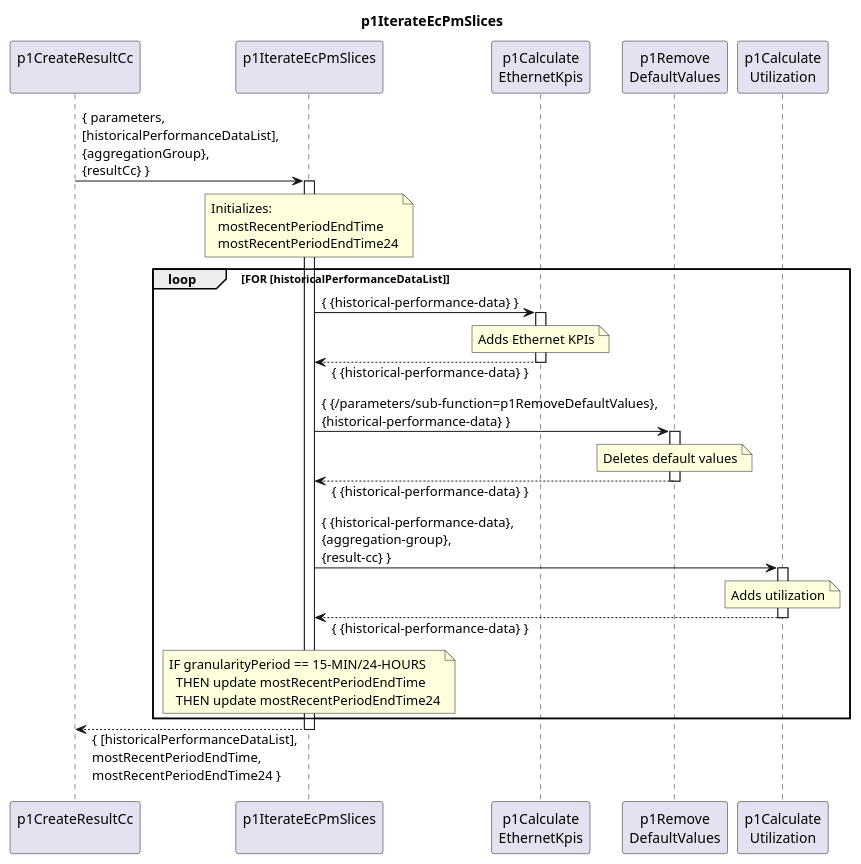
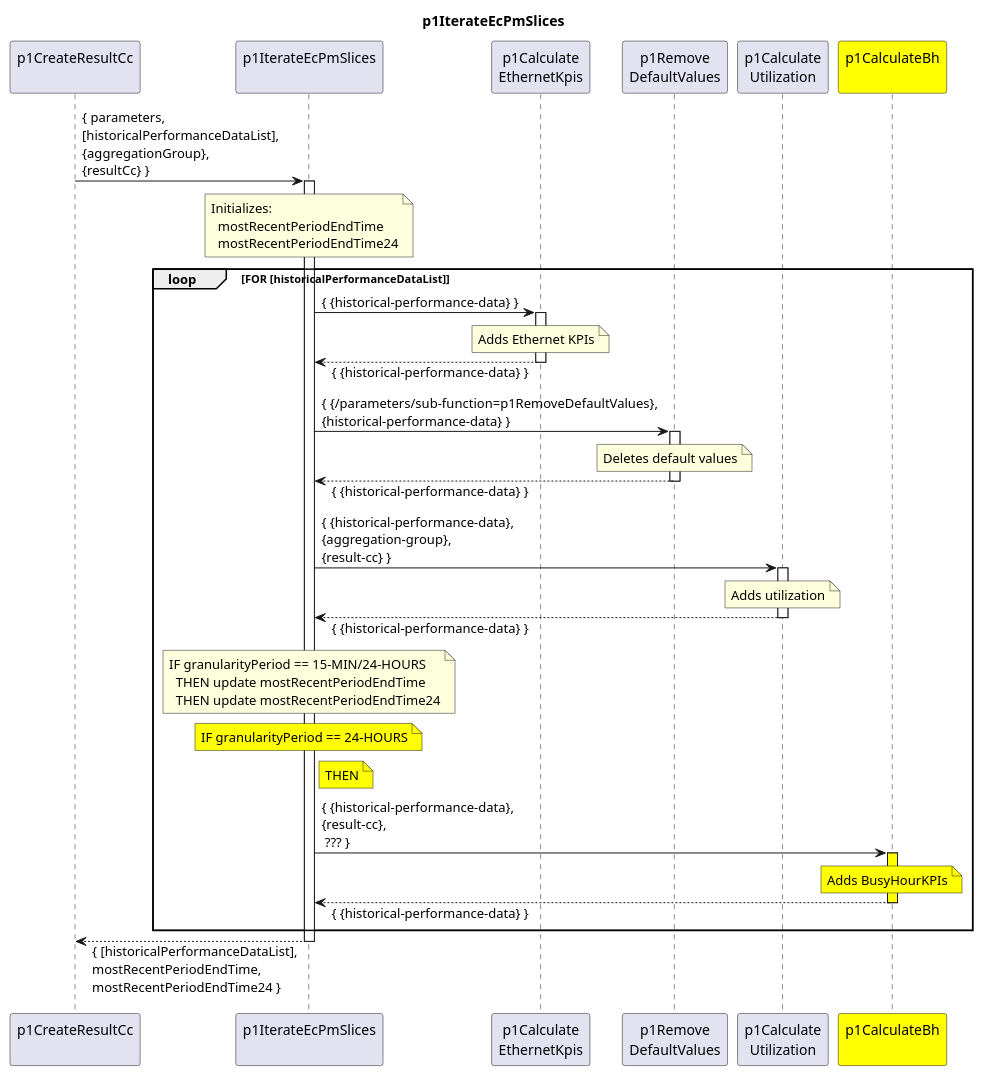
Before and after one commit to openBackhaul/DevicePerformanceManagementDataProcessor: the diagram in spec/Functions/p1StreamPmData/p1ProcessDevice/p1CreateResultCc/p1IterateEcPmSlices/1.0.0/p1IterateEcPmSlices.plantuml, drawn with PlantUML. The commit also changed 4 other files, not shown here.

```diff
--- a/spec/Functions/p1StreamPmData/p1ProcessDevice/p1CreateResultCc/p1IterateEcPmSlices/1.0.0/p1IterateEcPmSlices.plantuml
+++ b/spec/Functions/p1StreamPmData/p1ProcessDevice/p1CreateResultCc/p1IterateEcPmSlices/1.0.0/p1IterateEcPmSlices.plantuml
@@ -1,64 +1,81 @@
 @startuml p1IterateEcPmSlices
 skinparam responseMessageBelowArrow true
 
 title
   p1IterateEcPmSlices
 end title
 
 participant "p1CreateResultCc\n" as cur
 
 participant "p1IterateEcPmSlices\n" as iterateSlices
 participant "p1Calculate\nEthernetKpis" as intCC
 participant "p1Remove\nDefaultValues" as p1RemDefault
 participant "p1Calculate\nUtilization" as p1CalcUtil
+participant "p1CalculateBh\n" as p1CalcBh #Yellow
 
 
 cur -> iterateSlices : { parameters,\n[historicalPerformanceDataList],\n{aggregationGroup},\n{resultCc} }
 activate iterateSlices
 
   note over iterateSlices
     Initializes:
       mostRecentPeriodEndTime
       mostRecentPeriodEndTime24
   end note
 
   loop FOR [historicalPerformanceDataList]
 
     iterateSlices -> intCC : { {historical-performance-data} }
     activate intCC
       note over intCC
         Adds Ethernet KPIs
       end note
     iterateSlices <-- intCC: { {historical-performance-data} }
     deactivate intCC
 
     iterateSlices -> p1RemDefault : { {/parameters/sub-function=p1RemoveDefaultValues},\n{historical-performance-data} }
     activate p1RemDefault
       note over p1RemDefault
         Deletes default values
       end note
     iterateSlices <-- p1RemDefault: { {historical-performance-data} }
     deactivate p1RemDefault
 
     iterateSlices -> p1CalcUtil : { {historical-performance-data},\n{aggregation-group},\n{result-cc} }
     activate p1CalcUtil
       note over p1CalcUtil
         Adds utilization
       end note
     iterateSlices <-- p1CalcUtil: { {historical-performance-data} }
     deactivate p1CalcUtil
 
     note over iterateSlices
       IF granularityPeriod == 15-MIN/24-HOURS
         THEN update mostRecentPeriodEndTime
         THEN update mostRecentPeriodEndTime24
     end note
 
+    note over iterateSlices #Yellow
+      IF granularityPeriod == 24-HOURS
+    end note
+
+    note right iterateSlices #Yellow
+      THEN
+    end note
+
+    iterateSlices -> p1CalcBh : { {historical-performance-data},\n{result-cc},\n ??? }
+    activate p1CalcBh #Yellow
+      note over p1CalcBh #Yellow
+        Adds BusyHourKPIs
+      end note
+    iterateSlices <-- p1CalcBh: { {historical-performance-data} }
+    deactivate p1CalcBh
+
   end loop
 
 cur <-- iterateSlices : { [historicalPerformanceDataList],\nmostRecentPeriodEndTime,\nmostRecentPeriodEndTime24 }
 deactivate iterateSlices
 
 deactivate cur
 
 @enduml
```
